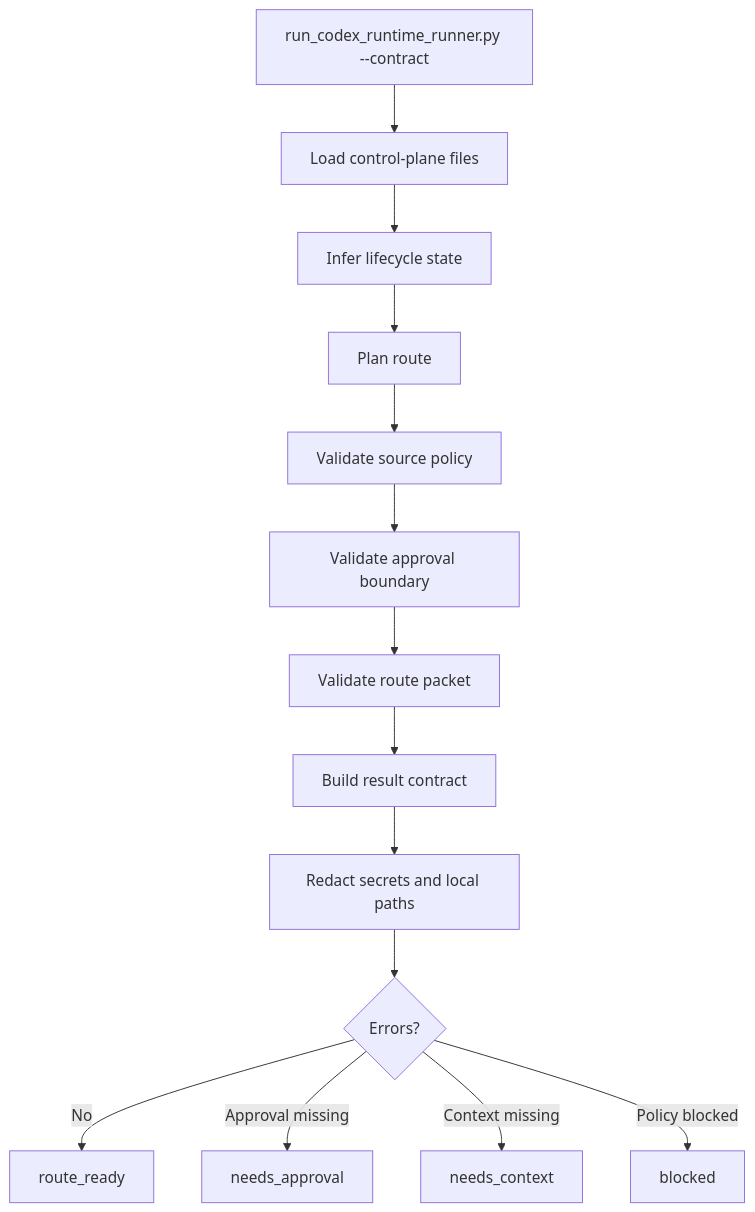
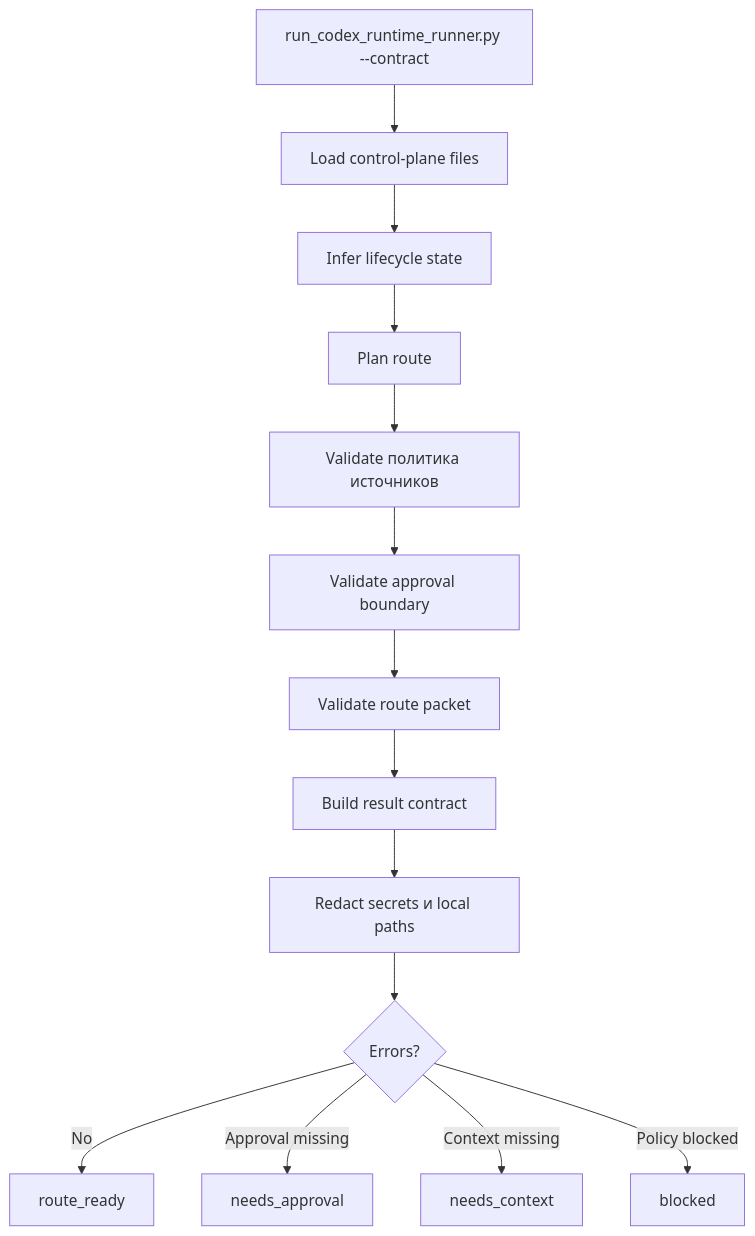
Before and after one commit to alexroadcaster/product-agent-os: the eighth of 9 diagrams in docs/product-agent-os/architecture.md, drawn with Mermaid. The commit also changed other lines of this file and 447 other files, not shown here.

````diff
--- a/docs/product-agent-os/architecture.md
+++ b/docs/product-agent-os/architecture.md
@@ -197,16 +197,16 @@
 ```mermaid
 flowchart TD
     A["run_codex_runtime_runner.py --contract"] --> B["Load control-plane files"]
     B --> C["Infer lifecycle state"]
     C --> D["Plan route"]
-    D --> E["Validate source policy"]
+    D --> E["Validate политика источников"]
     E --> F["Validate approval boundary"]
     F --> G["Validate route packet"]
     G --> H["Build result contract"]
-    H --> I["Redact secrets and local paths"]
+    H --> I["Redact secrets и local paths"]
     I --> J{"Errors?"}
     J -->|No| K["route_ready"]
     J -->|Approval missing| L["needs_approval"]
     J -->|Context missing| M["needs_context"]
     J -->|Policy blocked| N["blocked"]
 ```
````
